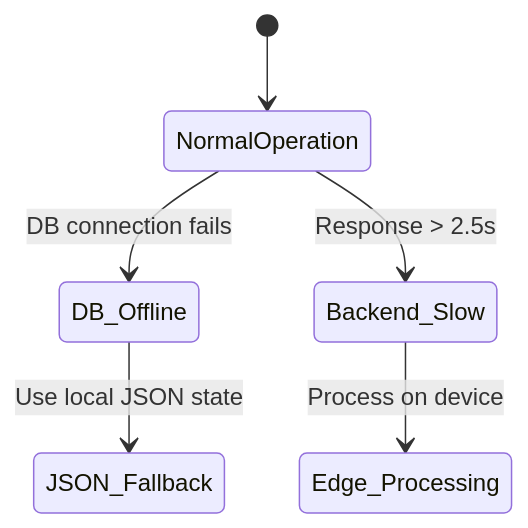
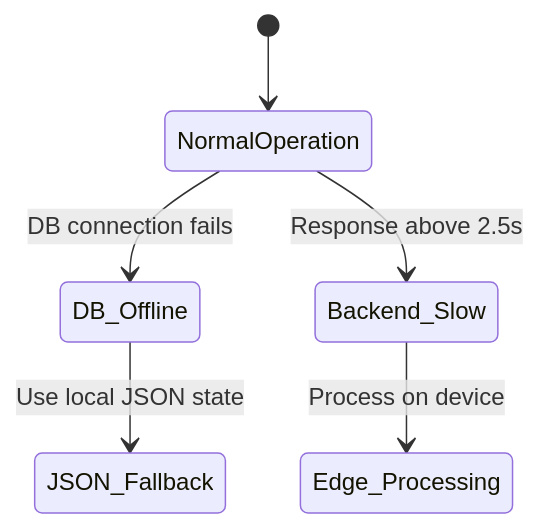
The sixth of 7 diagrams in docs/architecture/overview.md (Neutron-0/ABC-Bank), drawn with Mermaid before and after one commit. The commit also changed other lines of this file and 33 other files, not shown here.

````diff
--- a/docs/architecture/overview.md
+++ b/docs/architecture/overview.md
@@ -145,9 +145,9 @@
 ```mermaid
 stateDiagram-v2
     [*] --> NormalOperation
     NormalOperation --> DB_Offline: DB connection fails
     DB_Offline --> JSON_Fallback: Use local JSON state
     
-    NormalOperation --> Backend_Slow: Response > 2.5s
+    NormalOperation --> Backend_Slow: Response above 2.5s
     Backend_Slow --> Edge_Processing: Process on device
 ```
````
